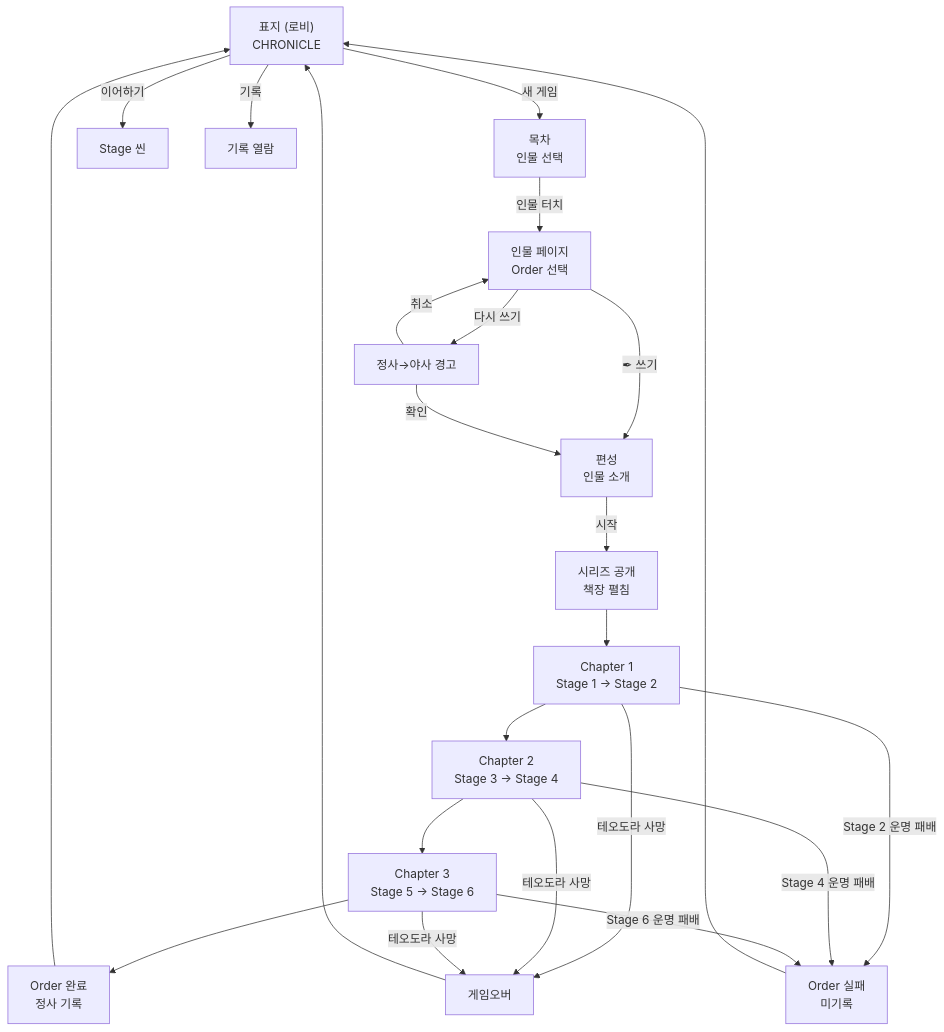
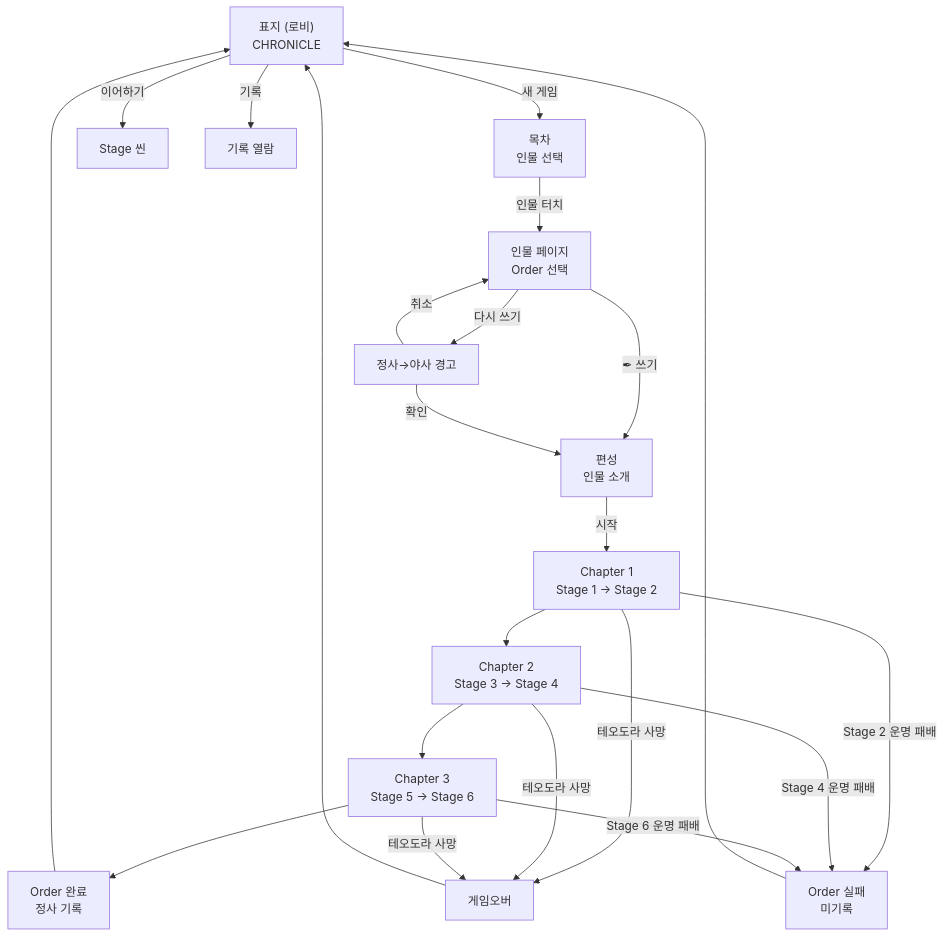
Before and after one commit to roam1215-beep/Chronicle-wiki: the diagram in 04_메타/책구조.md, drawn with Mermaid. The commit also changed other lines of this file and 6 other files, not shown here.

````diff
--- a/04_메타/책구조.md
+++ b/04_메타/책구조.md
@@ -124,29 +120,28 @@
 ```mermaid
 flowchart TD
     COVER["표지 (로비)\nCHRONICLE"] -->|새 게임| TOC["목차\n인물 선택"]
     COVER -->|이어하기| STAGE["Stage 씬"]
     COVER -->|기록| RECORD["기록 열람"]
     
     TOC -->|인물 터치| CHARPAGE["인물 페이지\nOrder 선택"]
     
     CHARPAGE -->|✒ 쓰기| FORMATION["편성\n인물 소개"]
     CHARPAGE -->|다시 쓰기| WARN["정사→야사 경고"]
     WARN -->|확인| FORMATION
     WARN -->|취소| CHARPAGE
     
-    FORMATION -->|시작| SERIES["시리즈 공개\n책장 펼침"]
-    SERIES --> CH1["Chapter 1\nStage 1 → Stage 2"]
+    FORMATION -->|시작| CH1["Chapter 1\nStage 1 → Stage 2"]
     CH1 --> CH2["Chapter 2\nStage 3 → Stage 4"]
     CH2 --> CH3["Chapter 3\nStage 5 → Stage 6"]
     CH3 --> SAVE["Order 완료\n정사 기록"]
     SAVE --> COVER
     
     CH1 -->|테오도라 사망| GAMEOVER["게임오버"]
     CH2 -->|테오도라 사망| GAMEOVER
     CH3 -->|테오도라 사망| GAMEOVER
     CH1 -->|Stage 2 운명 패배| FAIL["Order 실패\n미기록"]
     CH2 -->|Stage 4 운명 패배| FAIL
     CH3 -->|Stage 6 운명 패배| FAIL
     GAMEOVER --> COVER
     FAIL --> COVER
 ```
````
